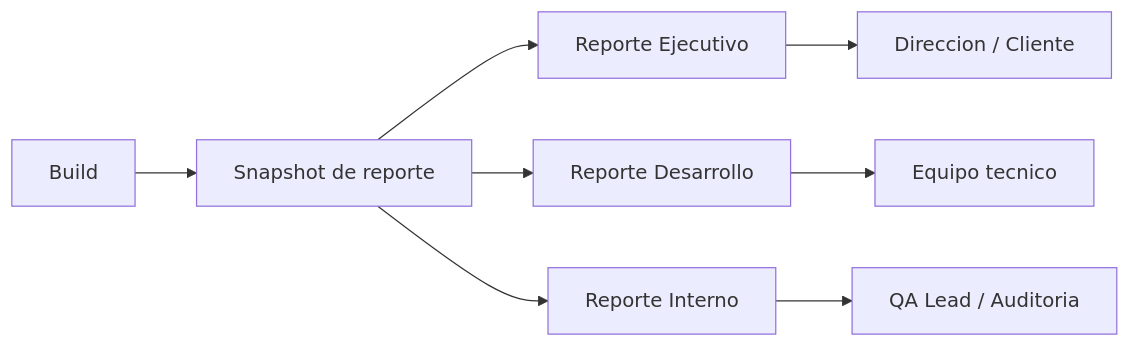
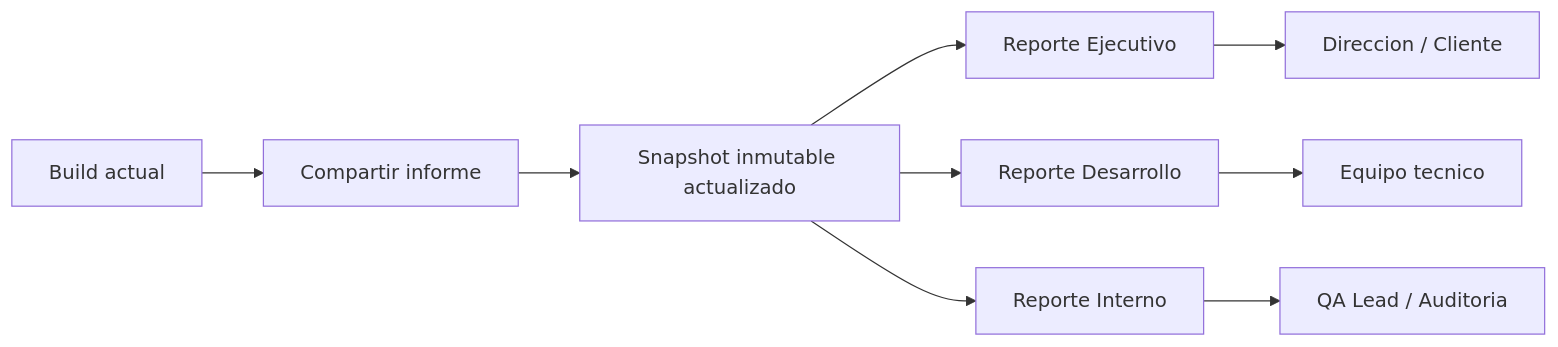
Before and after one commit to treseko/treseko-platform: the second of 3 diagrams in README.md, drawn with Mermaid. The commit also changed other lines of this file and 779 other files, not shown here.

````diff
--- a/README.md
+++ b/README.md
@@ -109,10 +144,11 @@
 ```mermaid
 flowchart LR
-  B[Build] --> S[Snapshot de reporte]
+  B[Build actual] --> C[Compartir informe]
+  C --> S[Snapshot inmutable actualizado]
   S --> E[Reporte Ejecutivo]
   S --> D[Reporte Desarrollo]
   S --> I[Reporte Interno]
   E --> M[Direccion / Cliente]
   D --> DEV[Equipo tecnico]
   I --> QA[QA Lead / Auditoria]
 ```
````
